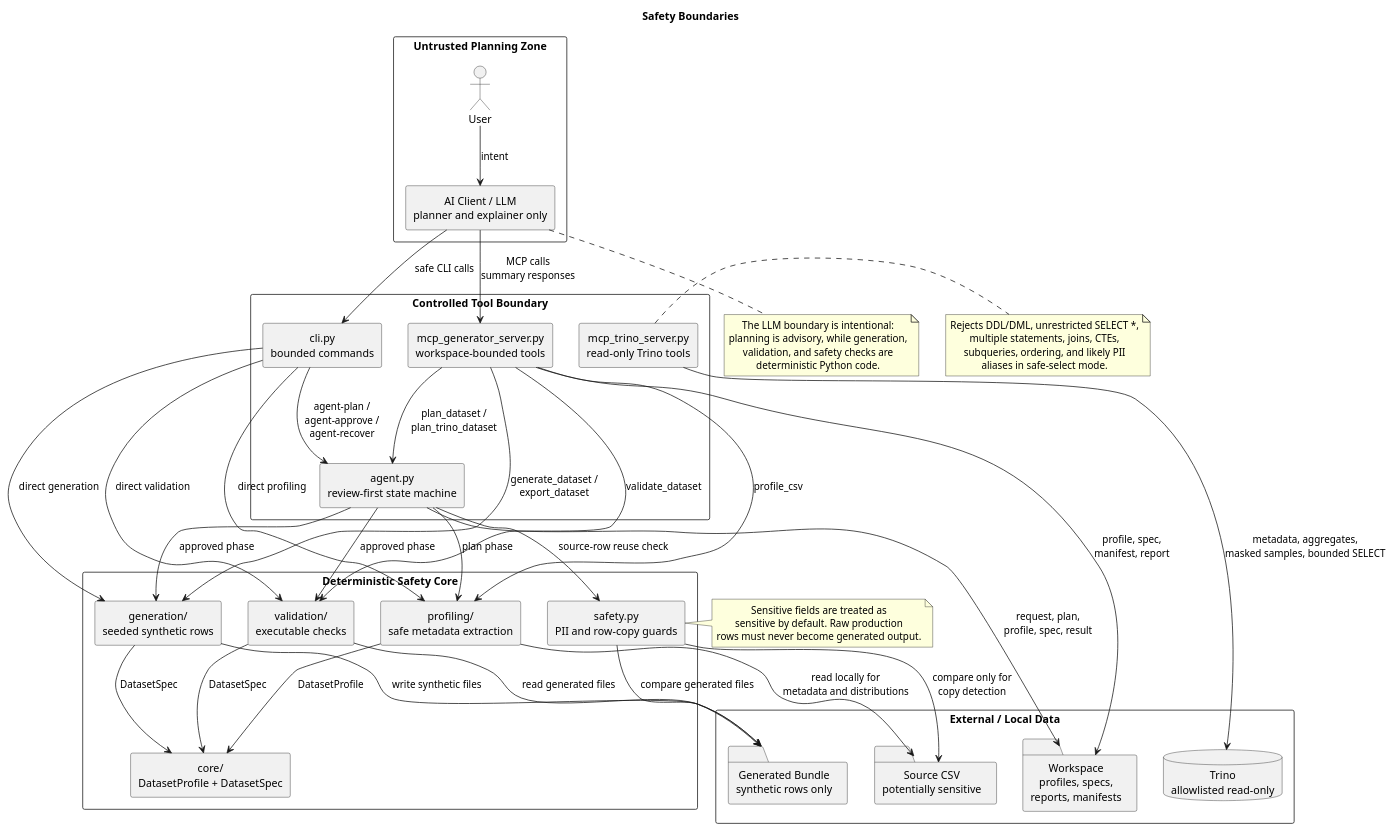
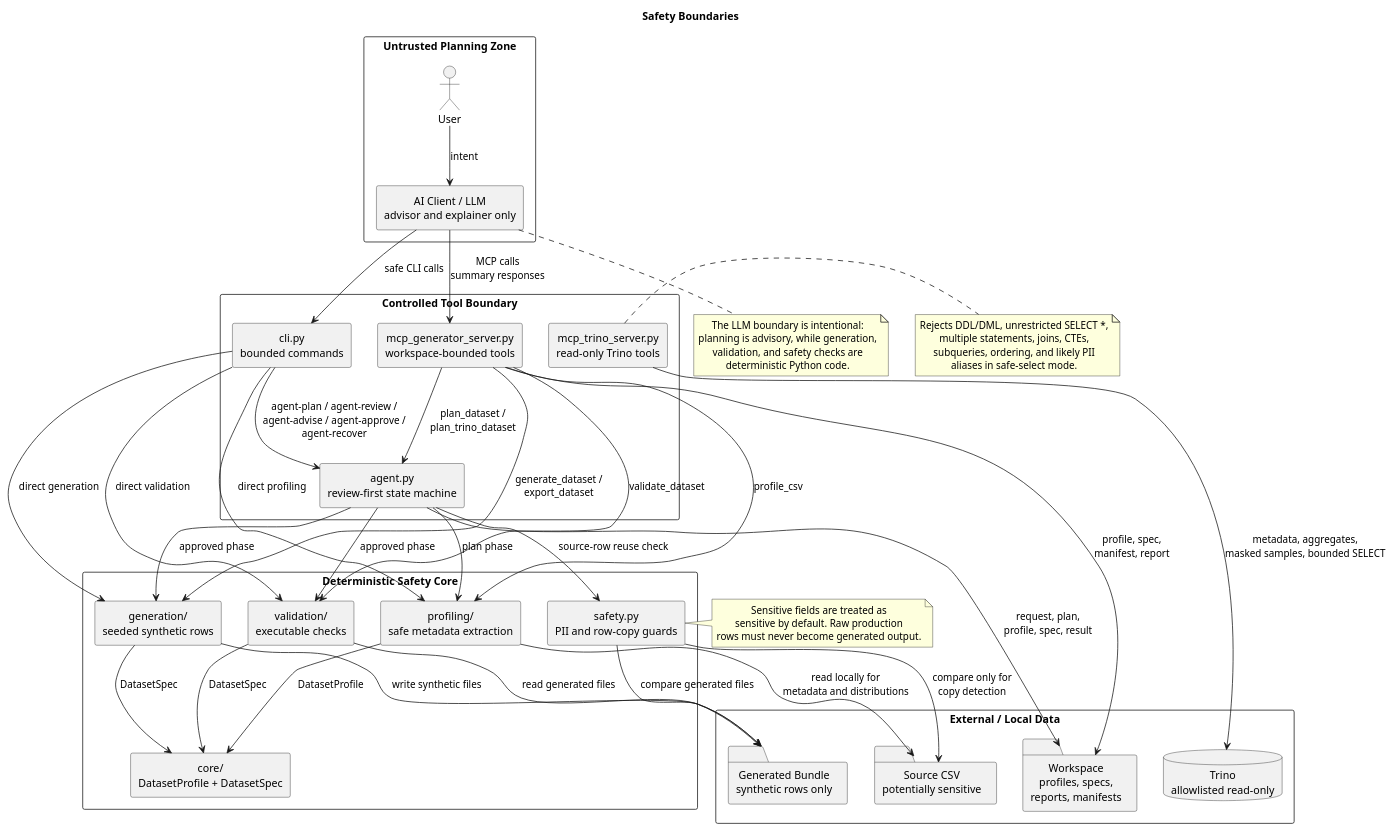
Before and after one commit to wa-pis/agent-paranoid-android: the diagram in docs/architecture_safety_boundaries.puml, drawn with PlantUML. The commit also changed 9 other files, not shown here.

```diff
--- a/docs/architecture_safety_boundaries.puml
+++ b/docs/architecture_safety_boundaries.puml
@@ -1,83 +1,83 @@
 @startuml
 title Safety Boundaries
 
 skinparam shadowing false
 skinparam componentStyle rectangle
 skinparam packageStyle rectangle
 skinparam defaultTextAlignment center
 
 package "Untrusted Planning Zone" {
   actor "User" as User
-  component "AI Client / LLM\nplanner and explainer only" as Llm
+  component "AI Client / LLM\nadvisor and explainer only" as Llm
 }
 
 package "Controlled Tool Boundary" {
   component "cli.py\nbounded commands" as Cli
   component "agent.py\nreview-first state machine" as Agent
   component "mcp_generator_server.py\nworkspace-bounded tools" as GeneratorMcp
   component "mcp_trino_server.py\nread-only Trino tools" as TrinoMcp
 }
 
 package "Deterministic Safety Core" {
   component "profiling/\nsafe metadata extraction" as Profiling
   component "generation/\nseeded synthetic rows" as Generation
   component "validation/\nexecutable checks" as Validation
   component "safety.py\nPII and row-copy guards" as Safety
   component "core/\nDatasetProfile + DatasetSpec" as CoreModels
 }
 
 package "External / Local Data" {
   database "Trino\nallowlisted read-only" as Trino
   folder "Source CSV\npotentially sensitive" as SourceCsv
   folder "Workspace\nprofiles, specs,\nreports, manifests" as Workspace
   folder "Generated Bundle\nsynthetic rows only" as Output
 }
 
 User --> Llm : intent
 Llm --> Cli : safe CLI calls
 Llm --> GeneratorMcp : MCP calls\nsummary responses
-Cli --> Agent : agent-plan /\nagent-approve /\nagent-recover
+Cli --> Agent : agent-plan / agent-review /\nagent-advise / agent-approve /\nagent-recover
 Cli --> Profiling : direct profiling
 Cli --> Generation : direct generation
 Cli --> Validation : direct validation
 Agent --> Profiling : plan phase
 Agent --> Generation : approved phase
 Agent --> Validation : approved phase
 Agent --> Safety : source-row reuse check
 GeneratorMcp --> Profiling : profile_csv
 GeneratorMcp --> Agent : plan_dataset /\nplan_trino_dataset
 GeneratorMcp --> Generation : generate_dataset /\nexport_dataset
 GeneratorMcp --> Validation : validate_dataset
 TrinoMcp --> Trino : metadata, aggregates,\nmasked samples, bounded SELECT
 Profiling --> SourceCsv : read locally for\nmetadata and distributions
 Profiling --> CoreModels : DatasetProfile
 Generation --> CoreModels : DatasetSpec
 Validation --> CoreModels : DatasetSpec
 Safety --> SourceCsv : compare only for\ncopy detection
 Agent --> Workspace : request, plan,\nprofile, spec, result
 GeneratorMcp --> Workspace : profile, spec,\nmanifest, report
 Generation --> Output : write synthetic files
 Validation --> Output : read generated files
 Safety --> Output : compare generated files
 
 note right of TrinoMcp
 Rejects DDL/DML, unrestricted SELECT *,
 multiple statements, joins, CTEs,
 subqueries, ordering, and likely PII
 aliases in safe-select mode.
 end note
 
 note right of Safety
 Sensitive fields are treated as
 sensitive by default. Raw production
 rows must never become generated output.
 end note
 
 note bottom of Llm
 The LLM boundary is intentional:
 planning is advisory, while generation,
 validation, and safety checks are
 deterministic Python code.
 end note
 
 @enduml
```
